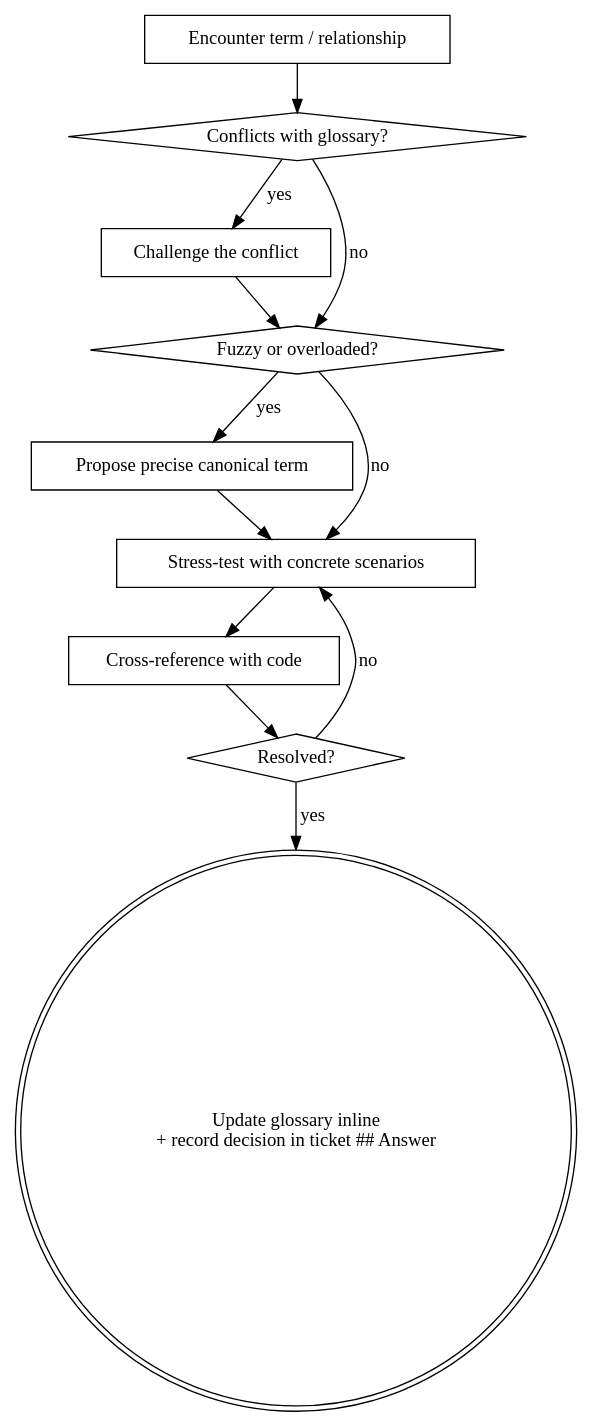
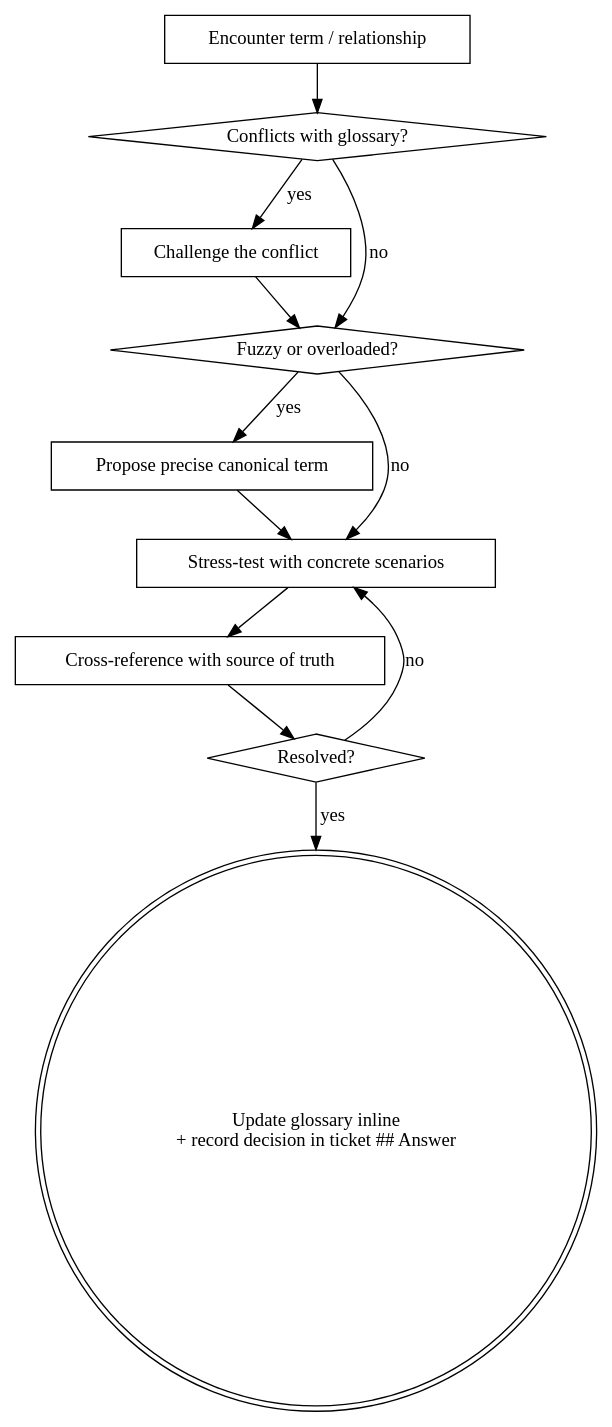
One commit to caiorcferreira/hamilton changed the diagram in skills/hamilton-wayfinder-domain-modeling/SKILL.md. Above: the diagram before and after it, drawn with Graphviz. The commit also changed other lines of this file and 2 other files, not shown here.

Commit message:
feat(wayfinder): make the sibling skills medium-agnostic
A prototype is now a throwaway artifact (disposable code in software; a
strawman draft or mock deck section elsewhere), its capture rule folds the
validated decision into the real artifact, and domain-modeling
cross-references the source of truth rather than only code. Research,
grilling, and git-based claiming were already medium-neutral.

Action 10 of wayfinder-skills-action-plan.md.

Claude-Session: https://claude.ai/code/session_016QEiFwULPjcX4Q5RQkDWY7

````diff
--- a/skills/hamilton-wayfinder-domain-modeling/SKILL.md
+++ b/skills/hamilton-wayfinder-domain-modeling/SKILL.md
@@ -80,25 +80,25 @@
 ```dot
 digraph hamilton_wayfinder_domain_modeling {
     "Encounter term / relationship" [shape=box];
     "Conflicts with glossary?" [shape=diamond];
     "Challenge the conflict" [shape=box];
     "Fuzzy or overloaded?" [shape=diamond];
     "Propose precise canonical term" [shape=box];
     "Stress-test with concrete scenarios" [shape=box];
-    "Cross-reference with code" [shape=box];
+    "Cross-reference with source of truth" [shape=box];
     "Resolved?" [shape=diamond];
     "Update glossary inline\n+ record decision in ticket ## Answer" [shape=doublecircle];
 
     "Encounter term / relationship" -> "Conflicts with glossary?";
     "Conflicts with glossary?" -> "Challenge the conflict" [label="yes"];
     "Conflicts with glossary?" -> "Fuzzy or overloaded?" [label="no"];
     "Challenge the conflict" -> "Fuzzy or overloaded?";
     "Fuzzy or overloaded?" -> "Propose precise canonical term" [label="yes"];
     "Fuzzy or overloaded?" -> "Stress-test with concrete scenarios" [label="no"];
     "Propose precise canonical term" -> "Stress-test with concrete scenarios";
-    "Stress-test with concrete scenarios" -> "Cross-reference with code";
-    "Cross-reference with code" -> "Resolved?";
+    "Stress-test with concrete scenarios" -> "Cross-reference with source of truth";
+    "Cross-reference with source of truth" -> "Resolved?";
     "Resolved?" -> "Update glossary inline\n+ record decision in ticket ## Answer" [label="yes"];
     "Resolved?" -> "Stress-test with concrete scenarios" [label="no"];
 }
 ```
````
